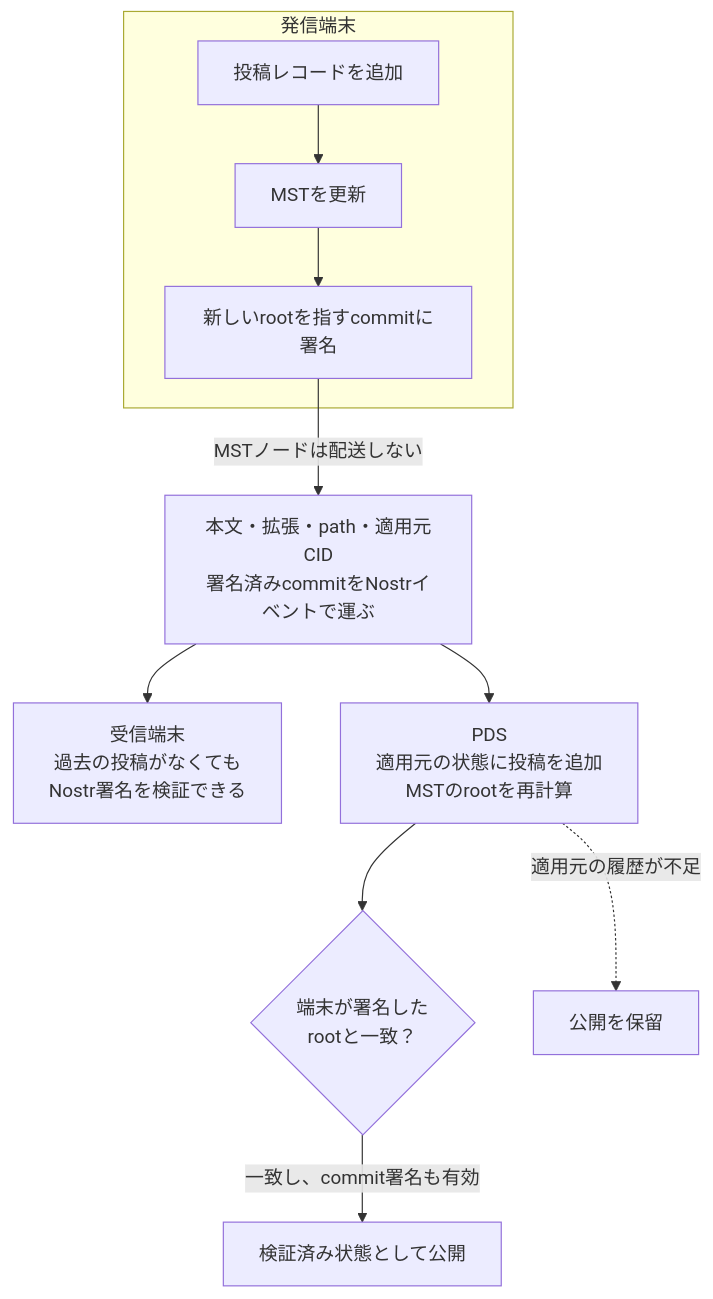
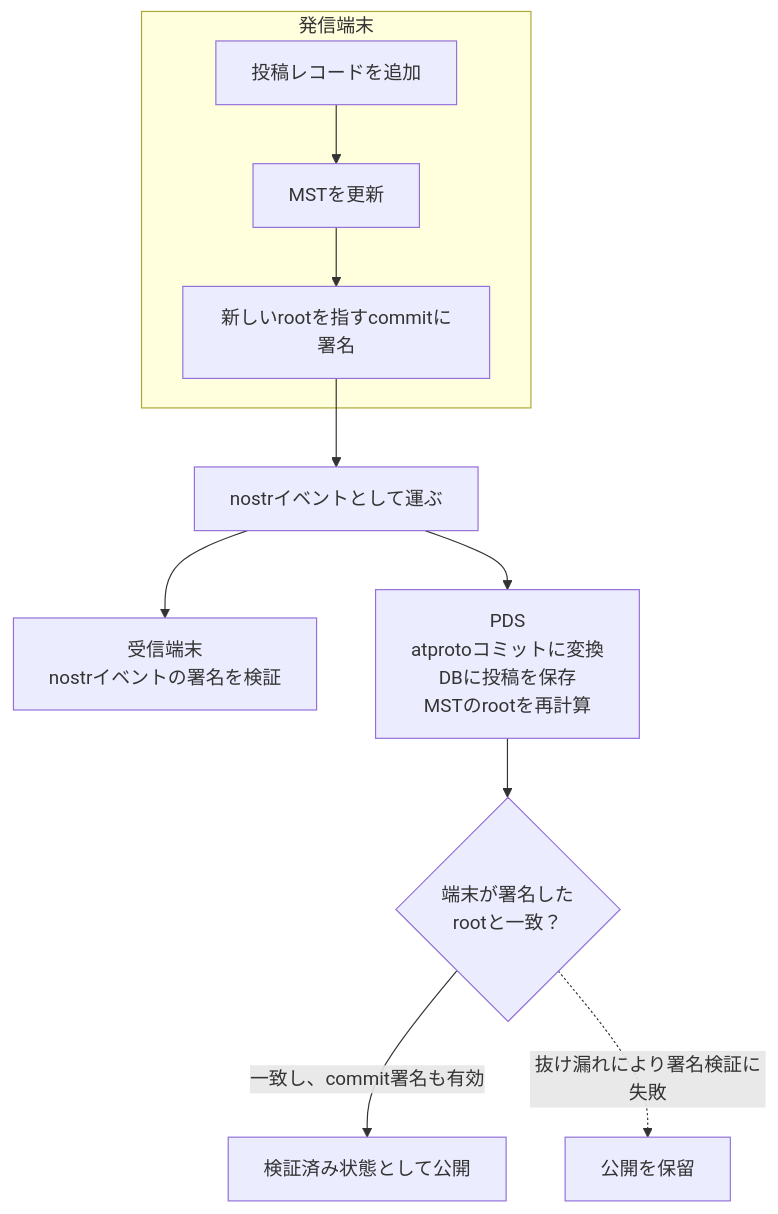
One commit to jphacks/sd_2607 changed the second of 3 diagrams in README.md. Above: the diagram before and after it, drawn with Mermaid. The commit also changed other lines of this file, not shown here.

Commit message:
Clarify Offline Signing and Protocol Flow

````diff
--- a/README.md
+++ b/README.md
@@ -203,15 +207,15 @@
 ```mermaid
 flowchart TD
   subgraph Device["発信端末"]
     A["投稿レコードを追加"] --> B["MSTを更新"]
     B --> C["新しいrootを指すcommitに署名"]
   end
 
-  C -->|MSTノードは配送しない| D["本文・拡張・path・適用元CID<br/>署名済みcommitをNostrイベントで運ぶ"]
-  D --> E["受信端末<br/>過去の投稿がなくても<br/>Nostr署名を検証できる"]
-  D --> F["PDS<br/>適用元の状態に投稿を追加<br/>MSTのrootを再計算"]
+  C --> D["nostrイベントとして運ぶ"]
+  D --> E["受信端末<br/>nostrイベントの署名を検証"]
+  D --> F["PDS<br/>atprotoコミットに変換<br/>DBに投稿を保存<br/>MSTのrootを再計算"]
 
   F --> G{"端末が署名した<br/>rootと一致？"}
   G -->|一致し、commit署名も有効| H["検証済み状態として公開"]
-  F -.->|適用元の履歴が不足| I["公開を保留"]
+  G -.->|抜け漏れにより署名検証に失敗| I["公開を保留"]
 ```
````
